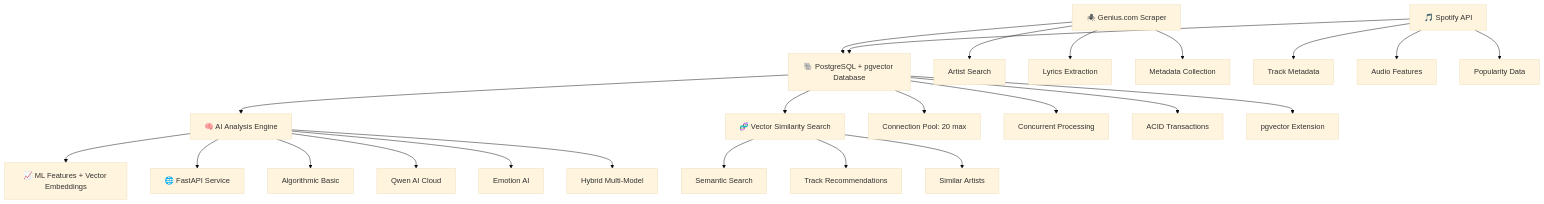
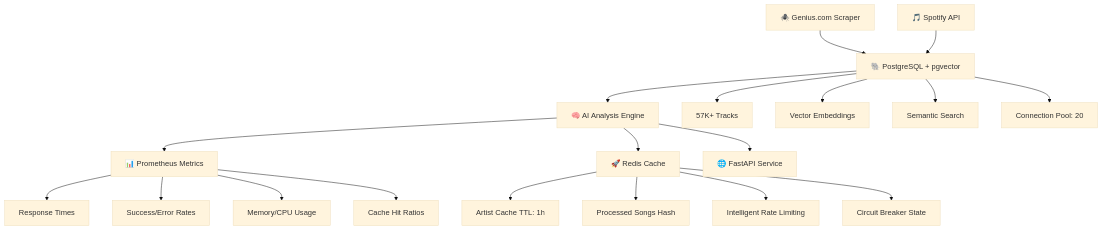
The diagram in README.md (Vastargazing/rap-scraper-project), drawn with Mermaid (base theme) before and after one commit. The commit also changed other lines of this file and 4 other files, not shown here.

````diff
--- a/README.md
+++ b/README.md
@@ -94,31 +7,24 @@
 ```mermaid
 graph TB
-    A[🕷️ Genius.com Scraper] --> B[🐘 PostgreSQL + pgvector Database]
+    A[🕷️ Genius.com Scraper] --> B[🐘 PostgreSQL + pgvector]
     C[🎵 Spotify API] --> B
     B --> D[🧠 AI Analysis Engine]
-    D --> E[📈 ML Features + Vector Embeddings]
-    D --> F[🌐 FastAPI Service]
-    B --> G[🧬 Vector Similarity Search]
+    D --> E[📊 Prometheus Metrics]
+    D --> F[🚀 Redis Cache]
+    D --> G[🌐 FastAPI Service]
     
-    A --> A1[Artist Search]
-    A --> A2[Lyrics Extraction] 
-    A --> A3[Metadata Collection]
+    F --> F1[Artist Cache TTL: 1h]
+    F --> F2[Processed Songs Hash]
+    F --> F3[Intelligent Rate Limiting]
+    F --> F4[Circuit Breaker State]
     
-    C --> C1[Track Metadata]
-    C --> C2[Audio Features]
-    C --> C3[Popularity Data]
+    E --> E1[Response Times]
+    E --> E2[Success/Error Rates]
+    E --> E3[Memory/CPU Usage]
+    E --> E4[Cache Hit Ratios]
     
-    D --> D1[Algorithmic Basic]
-    D --> D2[Qwen AI Cloud]
-    D --> D3[Emotion AI]
-    D --> D4[Hybrid Multi-Model]
-    
-    B --> B1[Connection Pool: 20 max]
-    B --> B2[Concurrent Processing]
-    B --> B3[ACID Transactions]
-    B --> B4[pgvector Extension]
-    
-    G --> G1[Semantic Search]
-    G --> G2[Track Recommendations]
-    G --> G3[Similar Artists]
+    B --> B1[57K+ Tracks]
+    B --> B2[Vector Embeddings]
+    B --> B3[Semantic Search]
+    B --> B4[Connection Pool: 20]
 ```
````
